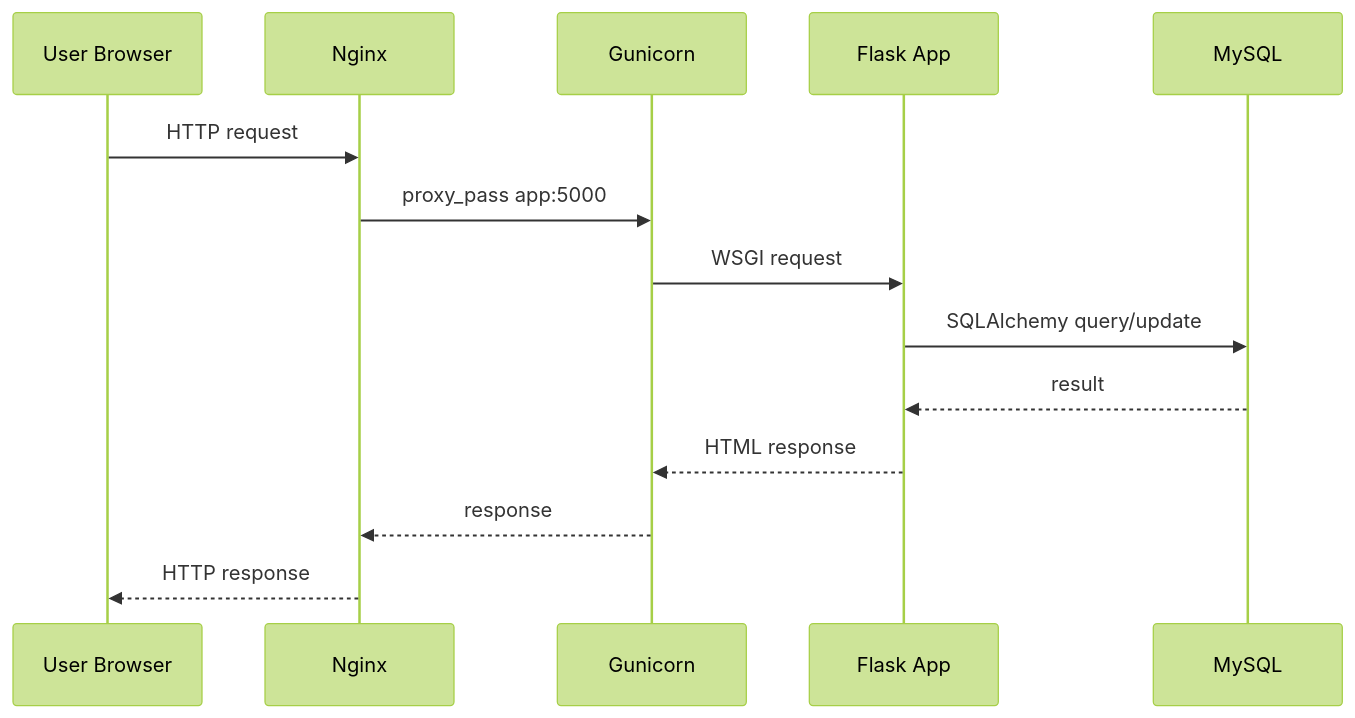
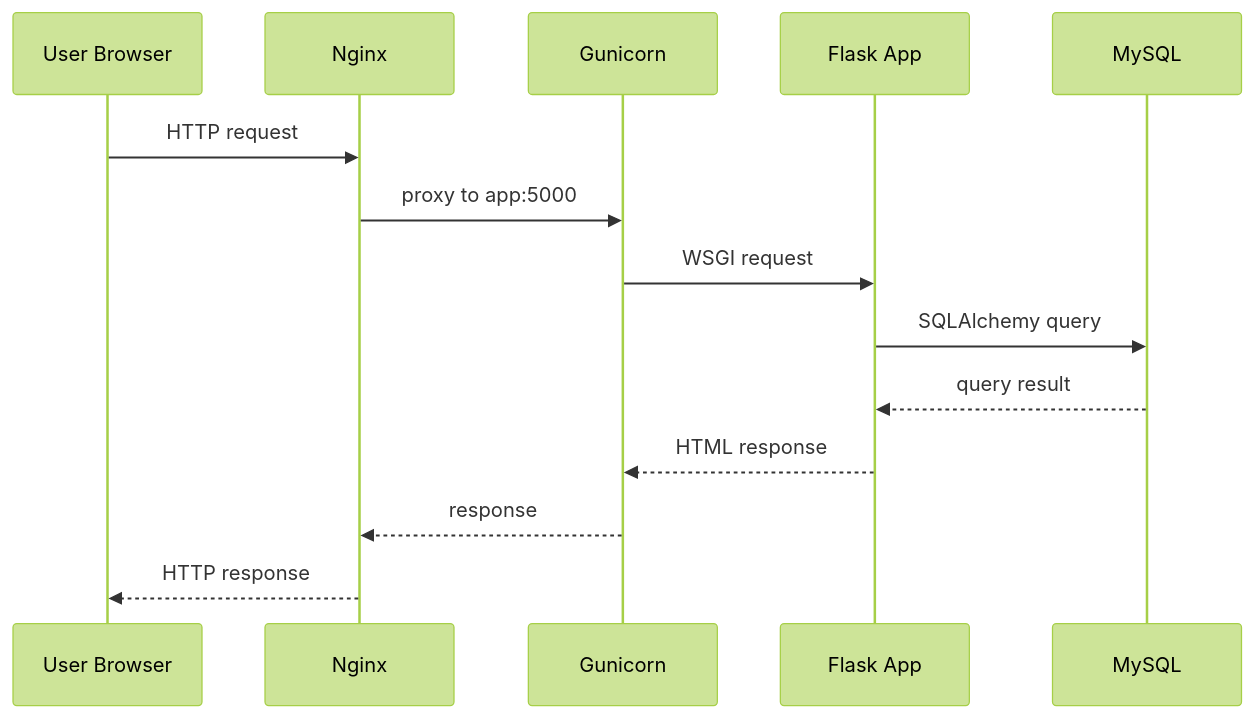
One commit to a0527645787-oss/world-cup-seat-booking-devops changed the second of 7 diagrams in docs/project-book.md. Above: the diagram before and after it, drawn with Mermaid (forest theme). The commit also changed other lines of this file and 2 other files, not shown here.

````diff
--- a/docs/project-book.md
+++ b/docs/project-book.md
@@ -190,17 +192,17 @@
 ```mermaid
 sequenceDiagram
     participant User as User Browser
     participant Nginx as Nginx
     participant Gunicorn as Gunicorn
     participant Flask as Flask App
     participant MySQL as MySQL
 
     User->>Nginx: HTTP request
-    Nginx->>Gunicorn: proxy_pass app:5000
+    Nginx->>Gunicorn: proxy to app:5000
     Gunicorn->>Flask: WSGI request
-    Flask->>MySQL: SQLAlchemy query/update
-    MySQL-->>Flask: result
+    Flask->>MySQL: SQLAlchemy query
+    MySQL-->>Flask: query result
     Flask-->>Gunicorn: HTML response
     Gunicorn-->>Nginx: response
     Nginx-->>User: HTTP response
 ```
````
